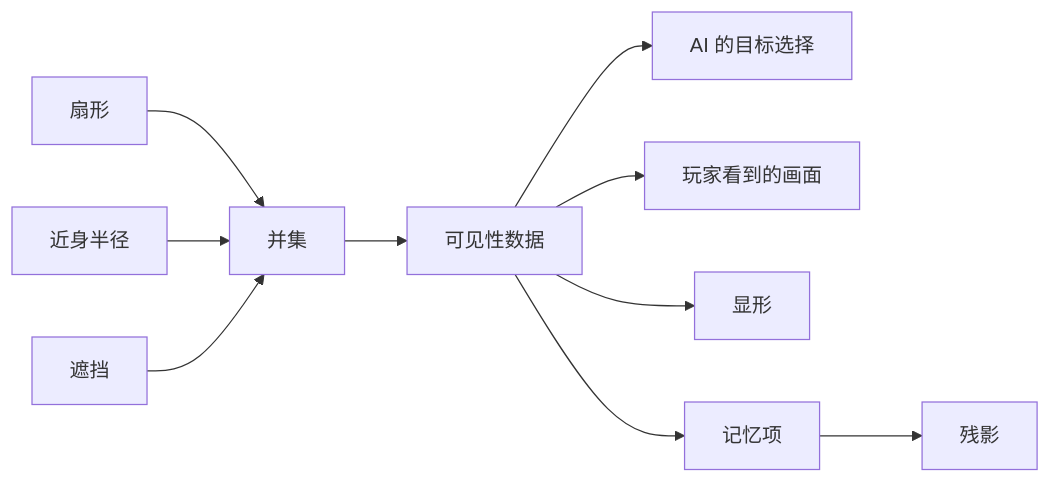
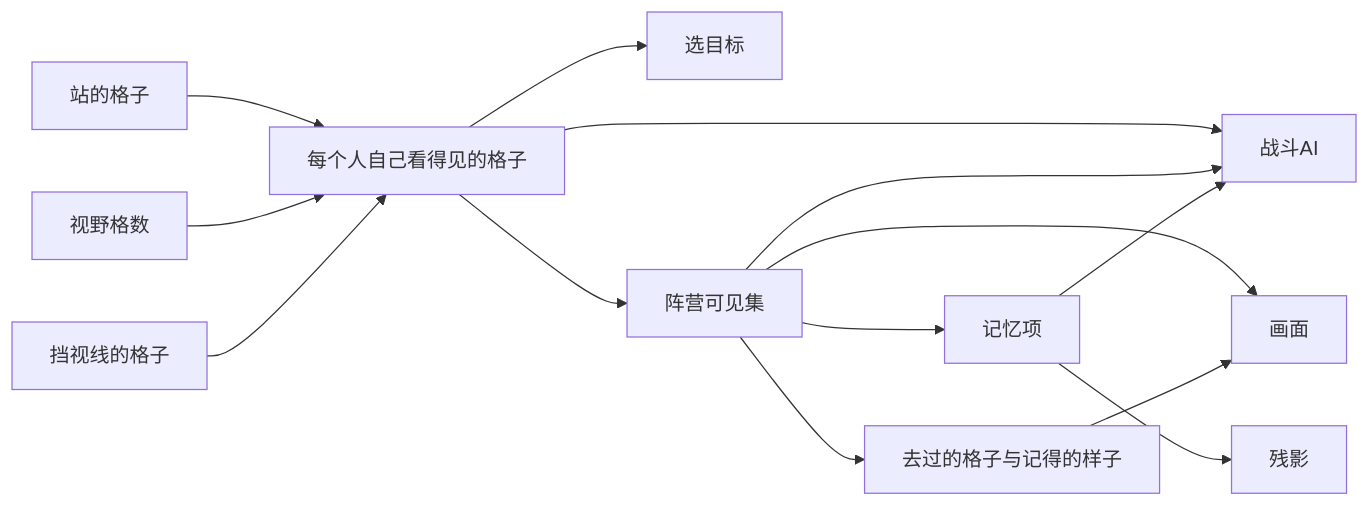
Before and after one commit to haohaoxuexiHAOHAO/Tinderhearth-The-Last-Class-Docs: the first of 2 diagrams in design/感知与视野系统.md, drawn with Mermaid. The commit also changed other lines of this file and 21 other files, not shown here.

````diff
--- a/design/感知与视野系统.md
+++ b/design/感知与视野系统.md
@@ -25,12 +28,16 @@
 ```mermaid
 flowchart LR
-    扇形 --> 并集
-    近身半径 --> 并集
-    遮挡 --> 并集
-    并集 --> 可见集["可见性数据"]
-    可见集 --> AI["AI 的目标选择"]
-    可见集 --> 画面["玩家看到的画面"]
-    可见集 --> 显形
-    可见集 --> 记忆项
+    站的格子 --> 自己["每个人自己看得见的格子"]
+    视野格数 --> 自己
+    挡视线的格子 --> 自己
+    自己 --> 选目标
+    自己 --> AI["战斗AI"]
+    自己 --> 并集["阵营可见集"]
+    并集 --> AI
+    并集 --> 画面
+    并集 --> 记忆项
+    并集 --> 去过["去过的格子与记得的样子"]
+    记忆项 --> AI
     记忆项 --> 残影
+    去过 --> 画面
 ```
````
